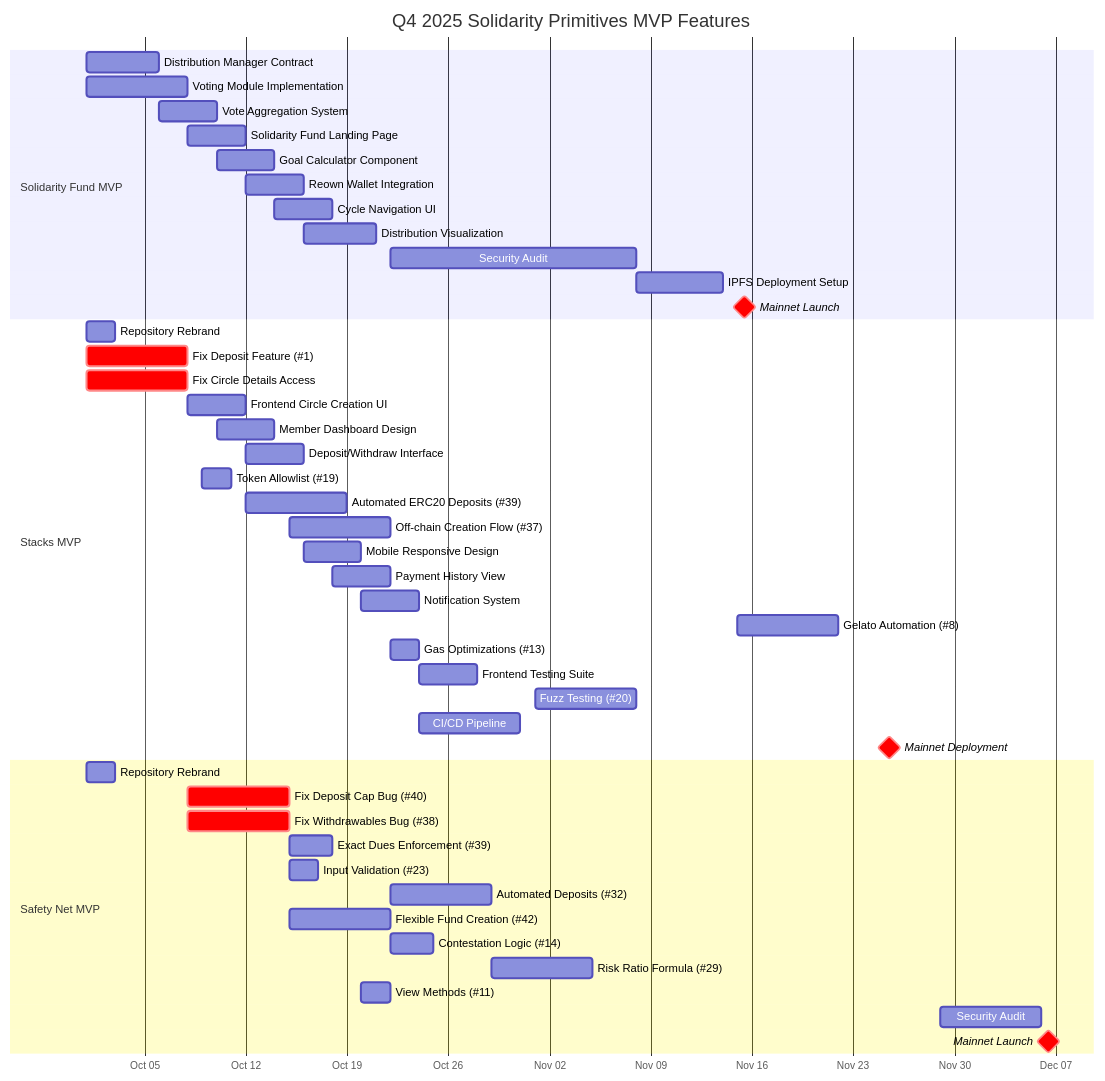
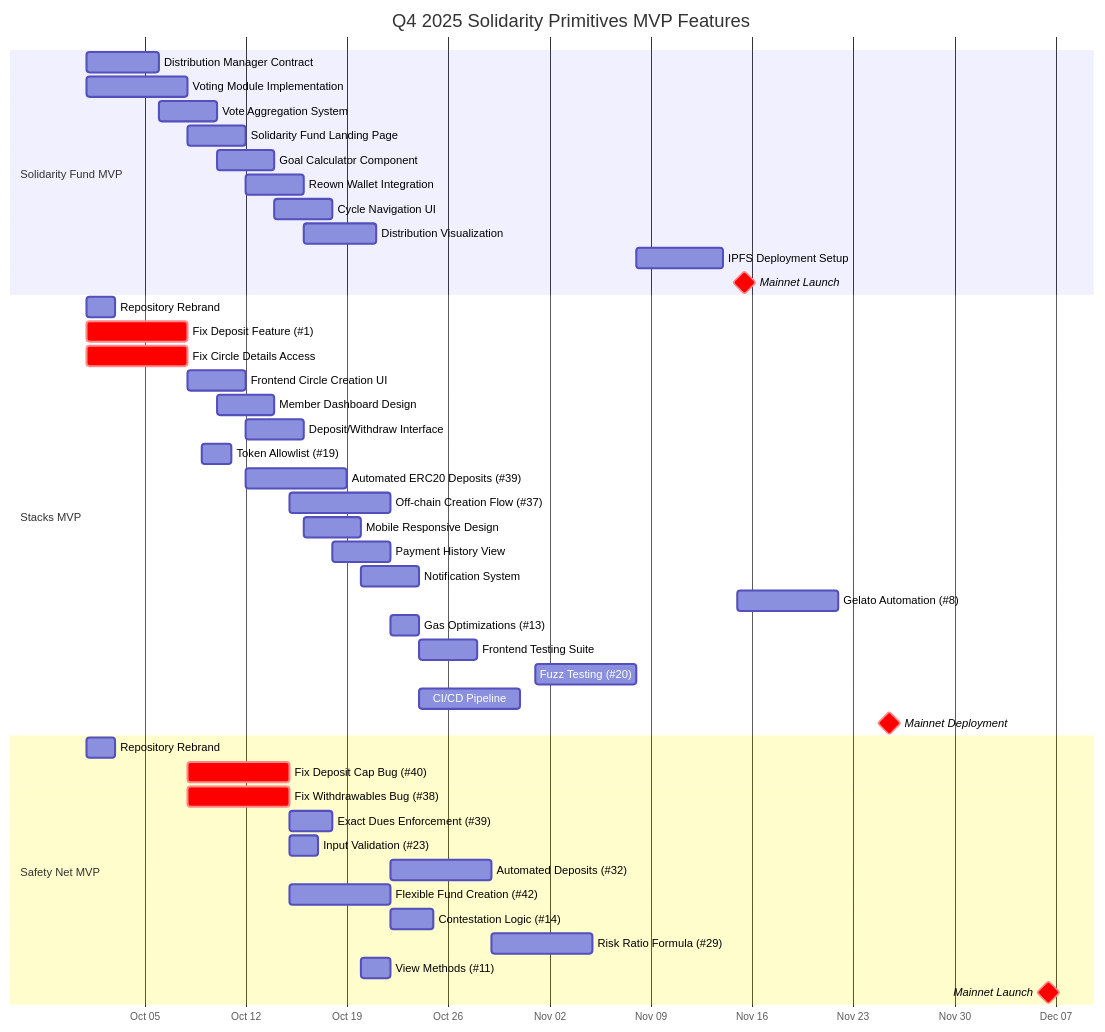
Before and after one commit to BreadchainCoop/shared-quartz: the second of 3 diagrams in solidarity-primitives/q4-2025-solidarity-primitives-mvp-gitgraph.md, drawn with Mermaid. The commit also changed other lines of this file and 1 other file, not shown here.

First line of the commit message:
Synchronize Gantt chart, gitgraph, and flowchart for Q4 development

````diff
--- a/solidarity-primitives/q4-2025-solidarity-primitives-mvp-gitgraph.md
+++ b/solidarity-primitives/q4-2025-solidarity-primitives-mvp-gitgraph.md
@@ -103,54 +109,52 @@
 ```mermaid
 gantt
     title Q4 2025 Solidarity Primitives MVP Features
     dateFormat YYYY-MM-DD
     axisFormat %b %d
 
     section Solidarity Fund MVP
     Distribution Manager Contract    :sf1, 2025-10-01, 2025-10-06
     Voting Module Implementation     :sf2, 2025-10-01, 2025-10-08
     Vote Aggregation System         :sf3, 2025-10-06, 2025-10-10
     Solidarity Fund Landing Page    :sf4, 2025-10-08, 2025-10-12
     Goal Calculator Component       :sf5, 2025-10-10, 2025-10-14
     Reown Wallet Integration        :sf6, 2025-10-12, 2025-10-16
     Cycle Navigation UI             :sf7, 2025-10-14, 2025-10-18
     Distribution Visualization      :sf8, 2025-10-16, 2025-10-21
-    Security Audit                  :sf9, 2025-10-22, 2025-11-08
-    IPFS Deployment Setup           :sf10, 2025-11-08, 2025-11-14
-    Mainnet Launch                  :crit, milestone, sf11, 2025-11-15, 1d
+    IPFS Deployment Setup           :sf9, 2025-11-08, 2025-11-14
+    Mainnet Launch                  :crit, milestone, sf10, 2025-11-15, 1d
 
     section Stacks MVP
     Repository Rebrand              :st1, 2025-10-01, 2025-10-03
     Fix Deposit Feature (#1)        :crit, st2, 2025-10-01, 2025-10-08
     Fix Circle Details Access       :crit, st3, 2025-10-01, 2025-10-08
     Frontend Circle Creation UI     :st4, 2025-10-08, 2025-10-12
     Member Dashboard Design         :st5, 2025-10-10, 2025-10-14
     Deposit/Withdraw Interface      :st6, 2025-10-12, 2025-10-16
     Token Allowlist (#19)           :st7, 2025-10-09, 2025-10-11
     Automated ERC20 Deposits (#39)  :st8, 2025-10-12, 2025-10-19
     Off-chain Creation Flow (#37)   :st9, 2025-10-15, 2025-10-22
     Mobile Responsive Design        :st10, 2025-10-16, 2025-10-20
     Payment History View            :st11, 2025-10-18, 2025-10-22
     Notification System             :st12, 2025-10-20, 2025-10-24
     Gelato Automation (#8)          :st13, 2025-11-15, 2025-11-22
     Gas Optimizations (#13)         :st14, 2025-10-22, 2025-10-24
     Frontend Testing Suite          :st15, 2025-10-24, 2025-10-28
     Fuzz Testing (#20)              :st16, 2025-11-01, 2025-11-08
     CI/CD Pipeline                  :st17, 2025-10-24, 2025-10-31
     Mainnet Deployment              :crit, milestone, st18, 2025-11-25, 1d
 
     section Safety Net MVP
     Repository Rebrand              :sn1, 2025-10-01, 2025-10-03
     Fix Deposit Cap Bug (#40)       :crit, sn2, 2025-10-08, 2025-10-15
     Fix Withdrawables Bug (#38)     :crit, sn3, 2025-10-08, 2025-10-15
     Exact Dues Enforcement (#39)    :sn4, 2025-10-15, 2025-10-18
     Input Validation (#23)          :sn5, 2025-10-15, 2025-10-17
     Automated Deposits (#32)        :sn6, 2025-10-22, 2025-10-29
     Flexible Fund Creation (#42)    :sn7, 2025-10-15, 2025-10-22
     Contestation Logic (#14)        :sn8, 2025-10-22, 2025-10-25
     Risk Ratio Formula (#29)        :sn9, 2025-10-29, 2025-11-05
     View Methods (#11)              :sn10, 2025-10-20, 2025-10-22
-    Security Audit                  :sn11, 2025-11-29, 2025-12-06
-    Mainnet Launch                  :crit, milestone, sn12, 2025-12-06, 1d
+    Mainnet Launch                  :crit, milestone, sn11, 2025-12-06, 1d
 
 ```
````
